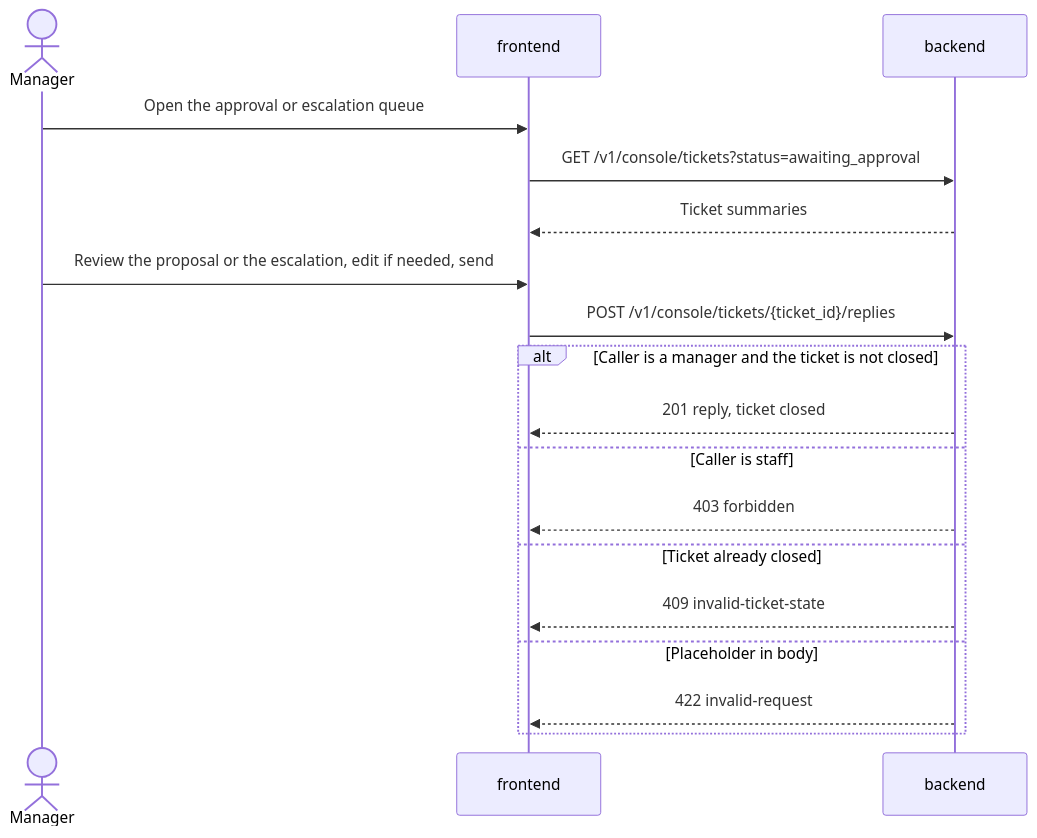
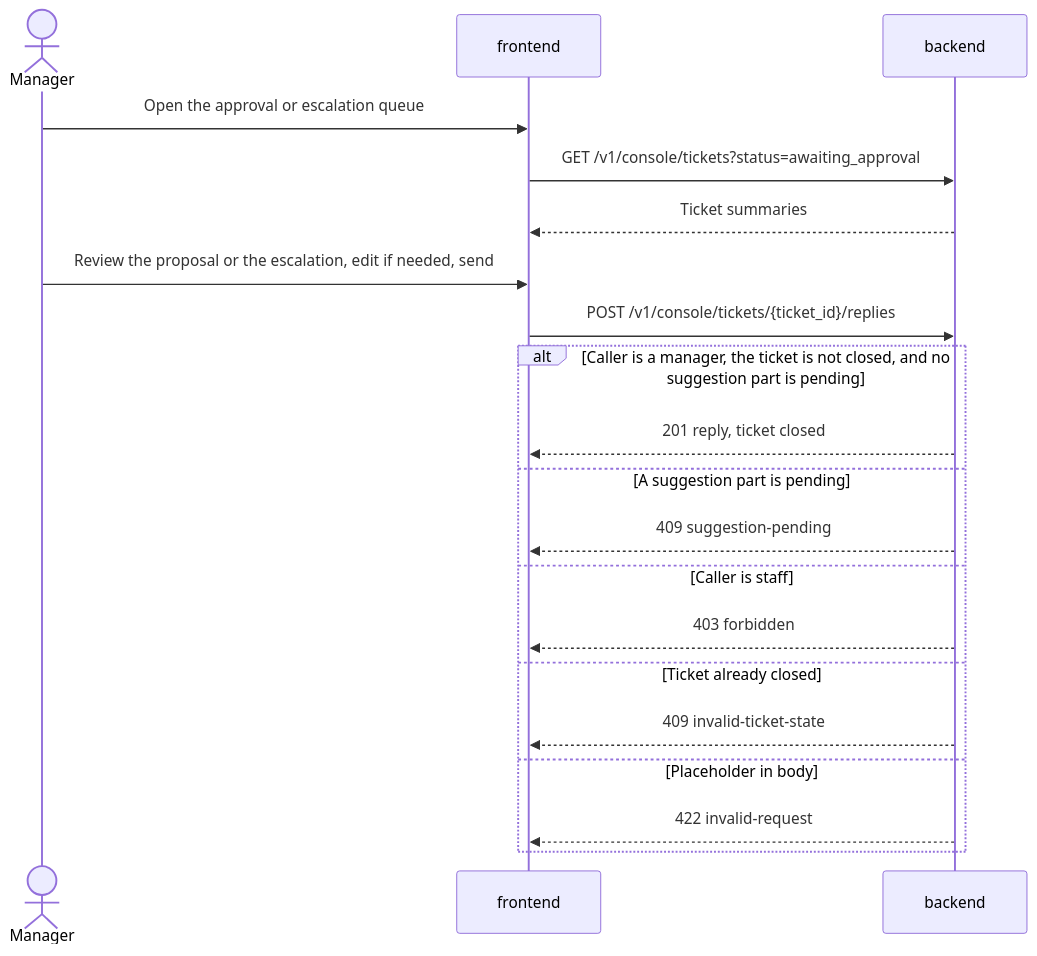
Before and after one commit to ml-system-design-nhom-5/SupportIQ: the third of 5 diagrams in docs/design/contracts-v1.md, drawn with Mermaid. The commit also changed other lines of this file and 76 other files, not shown here.

````diff
--- a/docs/design/contracts-v1.md
+++ b/docs/design/contracts-v1.md
@@ -268,20 +272,22 @@
 ```mermaid
 sequenceDiagram
     actor Manager
     participant FE as frontend
     participant BE as backend
     Manager->>FE: Open the approval or escalation queue
     FE->>BE: GET /v1/console/tickets?status=awaiting_approval
     BE-->>FE: Ticket summaries
     Manager->>FE: Review the proposal or the escalation, edit if needed, send
     FE->>BE: POST /v1/console/tickets/{ticket_id}/replies
-    alt Caller is a manager and the ticket is not closed
+    alt Caller is a manager, the ticket is not closed, and no suggestion part is pending
         BE-->>FE: 201 reply, ticket closed
+    else A suggestion part is pending
+        BE-->>FE: 409 suggestion-pending
     else Caller is staff
         BE-->>FE: 403 forbidden
     else Ticket already closed
         BE-->>FE: 409 invalid-ticket-state
     else Placeholder in body
         BE-->>FE: 422 invalid-request
     end
 ```
````
